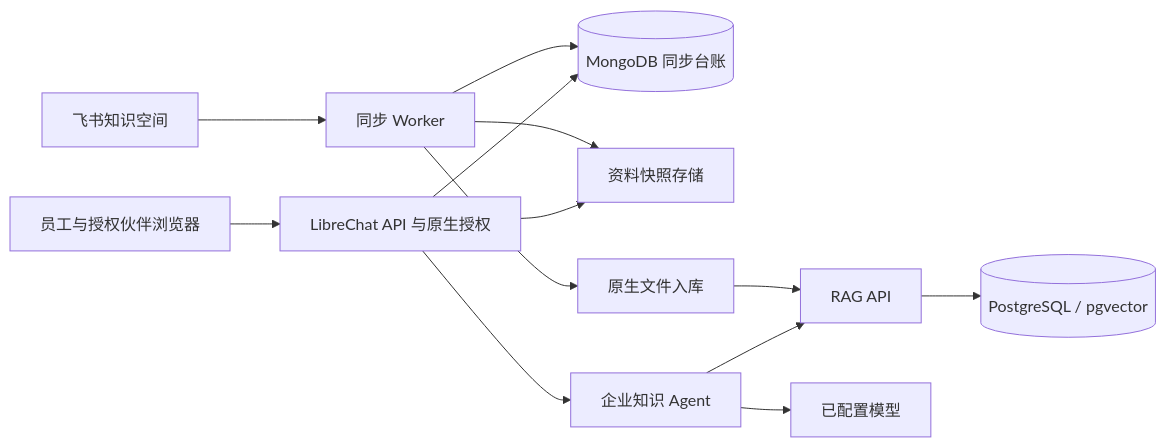
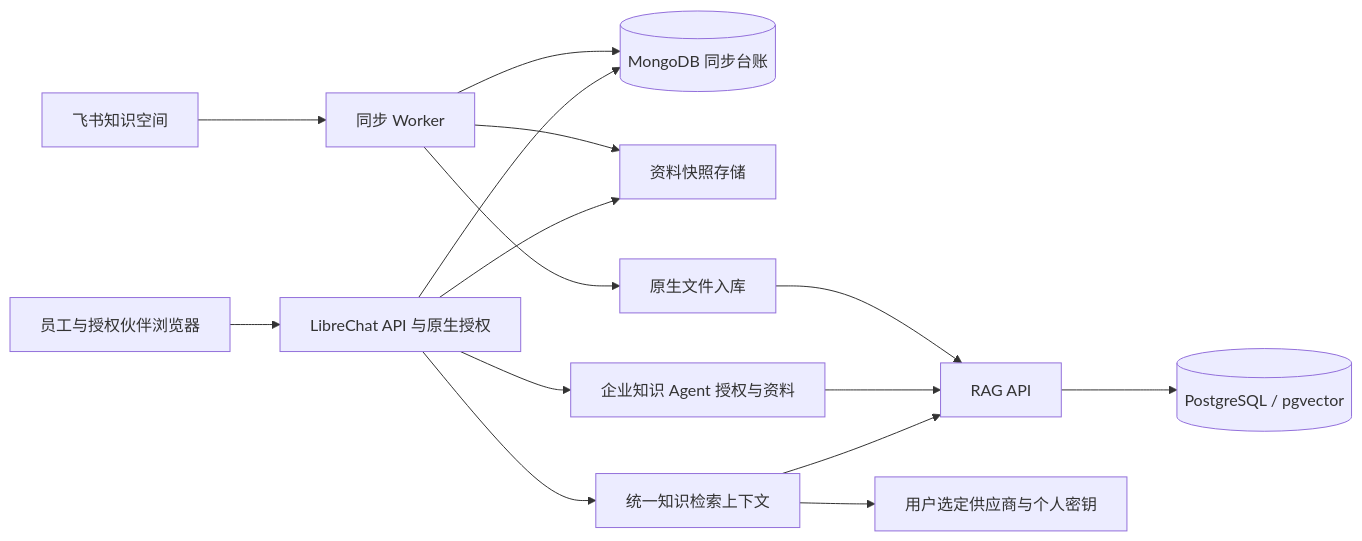
The diagram in docs/boyankb/architecture.md (yeungmingyik/BoyanKB), drawn with Mermaid before and after one commit. The commit also changed other lines of this file and 96 other files, not shown here.

````diff
--- a/docs/boyankb/architecture.md
+++ b/docs/boyankb/architecture.md
@@ -9,15 +9,17 @@
 ```mermaid
 flowchart LR
     F[飞书知识空间] --> W[同步 Worker]
     W --> M[(MongoDB 同步台账)]
     W --> S[资料快照存储]
     W --> I[原生文件入库]
     I --> R[RAG API]
     R --> V[(PostgreSQL / pgvector)]
     U[员工与授权伙伴浏览器] --> A[LibreChat API 与原生授权]
     A --> M
     A --> S
-    A --> C[企业知识 Agent]
+    A --> C[企业知识 Agent 授权与资料]
     C --> R
-    C --> L[已配置模型]
+    A --> K[统一知识检索上下文]
+    K --> R
+    K --> L[用户选定供应商与个人密钥]
 ```
````
